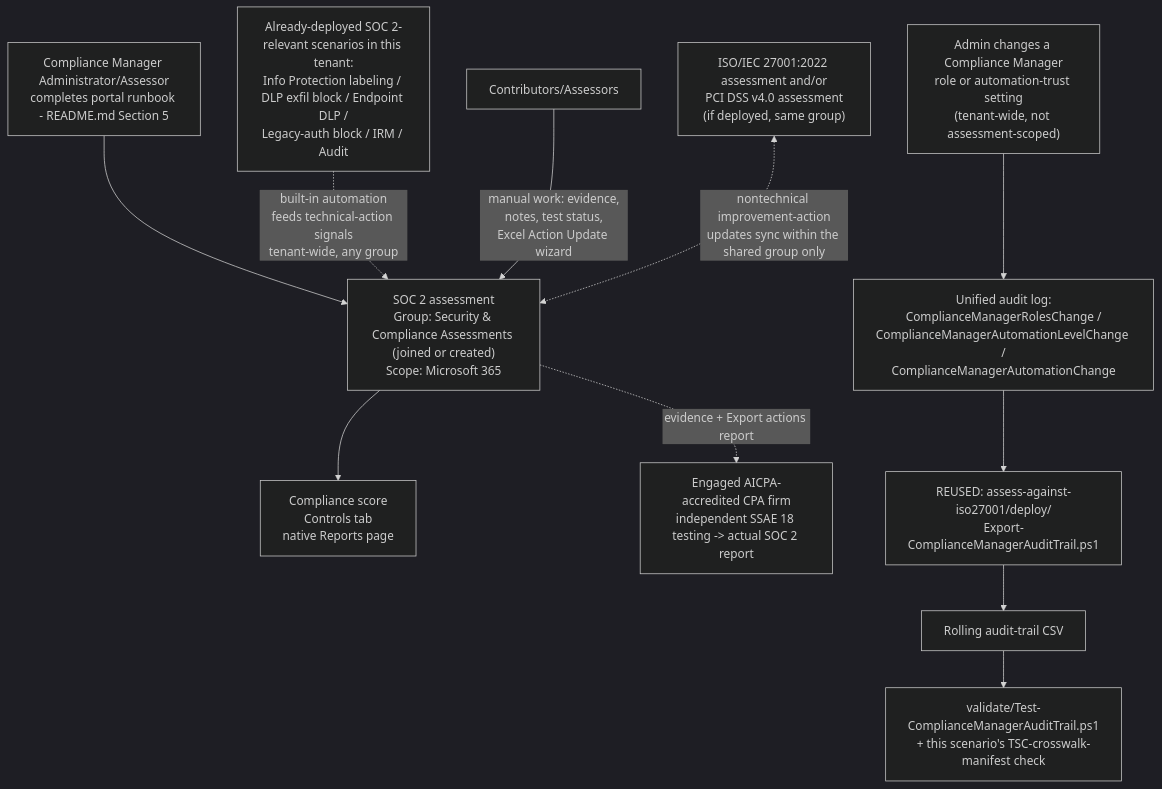
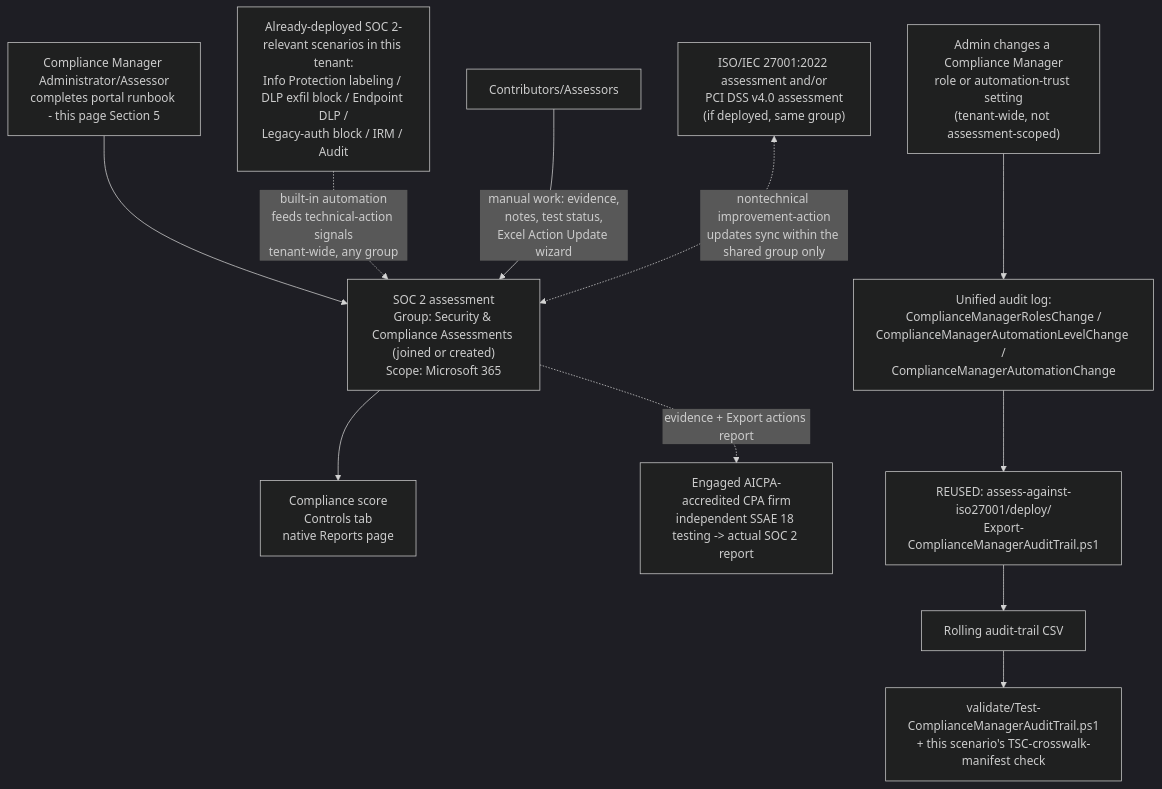
One commit to kpsec1/kpsec1.github.io changed the diagram in src/content/scenarios/compliance-manager/soc2-assessment.design.md. Above: the diagram before and after it, drawn with Mermaid (dark theme). The commit also changed 269 other files, not shown here.

````diff
--- a/src/content/scenarios/compliance-manager/soc2-assessment.design.md
+++ b/src/content/scenarios/compliance-manager/soc2-assessment.design.md
@@ -191,13 +191,13 @@
 ```mermaid
 flowchart TD
-    A[Compliance Manager Administrator/Assessor<br/>completes portal runbook - README.md Section 5] --> B["SOC 2 assessment<br/>Group: Security & Compliance Assessments (joined or created)<br/>Scope: Microsoft 365"]
+    A[Compliance Manager Administrator/Assessor<br/>completes portal runbook - this page Section 5] --> B["SOC 2 assessment<br/>Group: Security & Compliance Assessments (joined or created)<br/>Scope: Microsoft 365"]
     C["Already-deployed SOC 2-relevant scenarios in this tenant:<br/>Info Protection labeling / DLP exfil block / Endpoint DLP /<br/>Legacy-auth block / IRM / Audit"] -.built-in automation<br/>feeds technical-action signals<br/>tenant-wide, any group.-> B
     D[Contributors/Assessors] -->|manual work: evidence,<br/>notes, test status,<br/>Excel Action Update wizard| B
     E["ISO/IEC 27001:2022 assessment and/or<br/>PCI DSS v4.0 assessment<br/>(if deployed, same group)"] <-.nontechnical improvement-action<br/>updates sync within the shared group only.-> B
     B --> F[Compliance score<br/>Controls tab<br/>native Reports page]
     G["Admin changes a Compliance Manager<br/>role or automation-trust setting<br/>(tenant-wide, not assessment-scoped)"] --> H["Unified audit log:<br/>ComplianceManagerRolesChange /<br/>ComplianceManagerAutomationLevelChange /<br/>ComplianceManagerAutomationChange"]
     H --> I["REUSED: assess-against-iso27001/deploy/<br/>Export-ComplianceManagerAuditTrail.ps1"]
     I --> J[Rolling audit-trail CSV]
     J --> K[validate/Test-ComplianceManagerAuditTrail.ps1<br/>+ this scenario's TSC-crosswalk-manifest check]
     B -.evidence + Export actions report.-> L[Engaged AICPA-accredited CPA firm<br/>independent SSAE 18 testing -> actual SOC 2 report]
 ```
````
